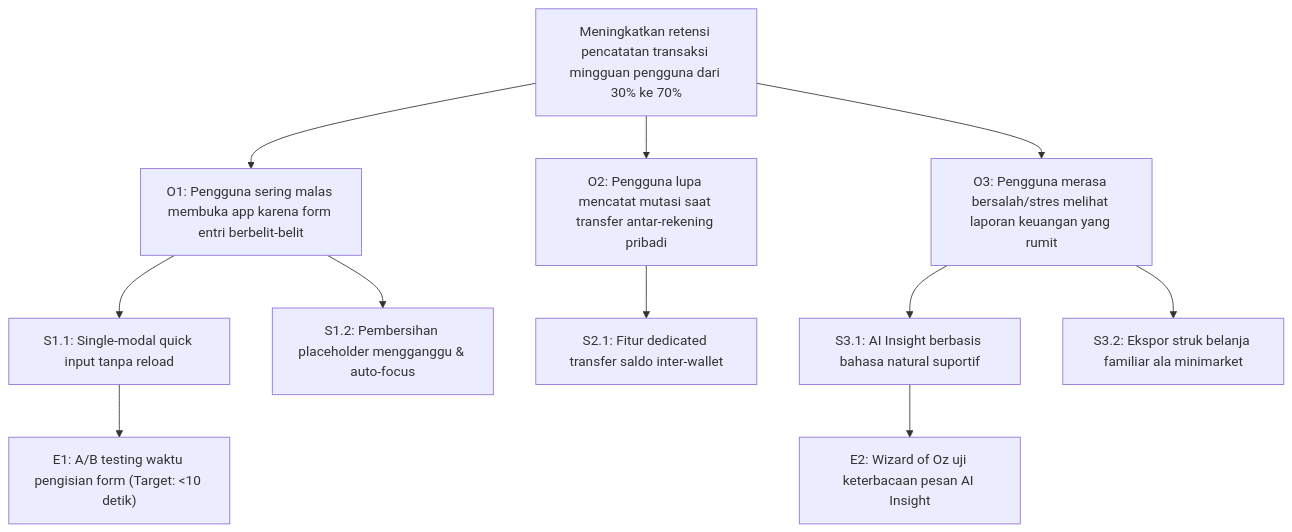
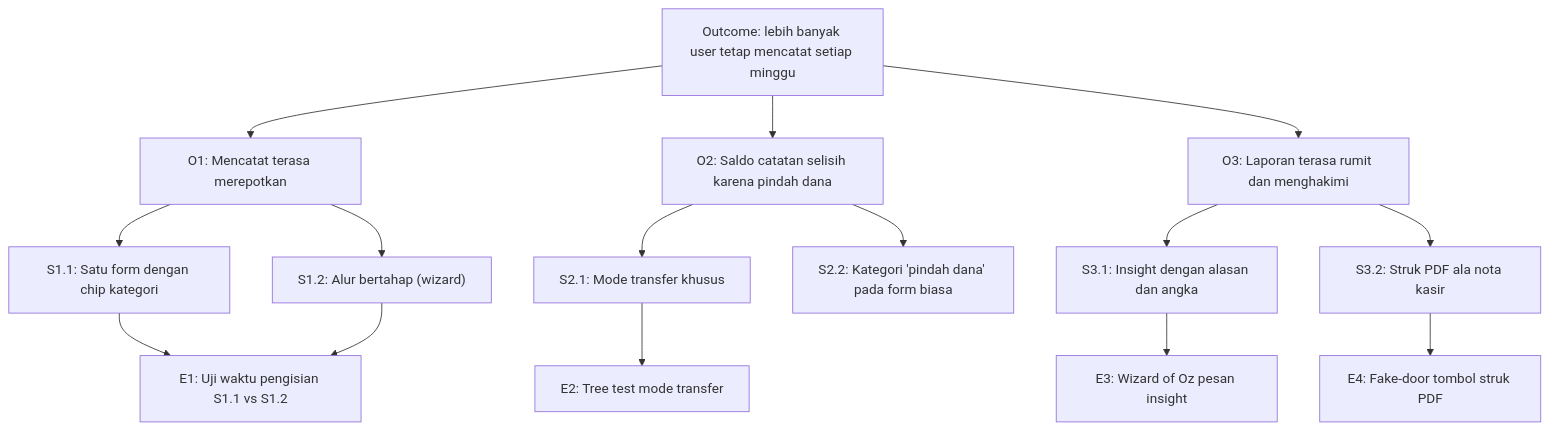
One commit to umaralf2735/Tabungan changed the second of 3 diagrams in README.md. Above: the diagram before and after it, drawn with Mermaid. The commit also changed other lines of this file and 32 other files, not shown here.

````diff
--- a/README.md
+++ b/README.md
@@ -189,30 +223,30 @@
 ```mermaid
 graph TD
-    Outcome["Meningkatkan retensi pencatatan transaksi mingguan pengguna dari 30% ke 70%"]
-    
-    Opp1["O1: Pengguna sering malas membuka app karena form entri berbelit-belit"]
-    Opp2["O2: Pengguna lupa mencatat mutasi saat transfer antar-rekening pribadi"]
-    Opp3["O3: Pengguna merasa bersalah/stres melihat laporan keuangan yang rumit"]
-    
-    Sol1A["S1.1: Single-modal quick input tanpa reload"]
-    Sol1B["S1.2: Pembersihan placeholder mengganggu & auto-focus"]
-    Sol2A["S2.1: Fitur dedicated transfer saldo inter-wallet"]
-    Sol3A["S3.1: AI Insight berbasis bahasa natural suportif"]
-    Sol3B["S3.2: Ekspor struk belanja familiar ala minimarket"]
-    
-    Exp1["E1: A/B testing waktu pengisian form (Target: <10 detik)"]
-    Exp2["E2: Wizard of Oz uji keterbacaan pesan AI Insight"]
-    
-    Outcome --> Opp1
-    Outcome --> Opp2
-    Outcome --> Opp3
-    
-    Opp1 --> Sol1A
-    Opp1 --> Sol1B
-    Opp2 --> Sol2A
-    Opp3 --> Sol3A
-    Opp3 --> Sol3B
-    
-    Sol1A --> Exp1
-    Sol3A --> Exp2
+    Outcome["Outcome: lebih banyak user tetap mencatat setiap minggu"]
+
+    O1["O1: Mencatat terasa merepotkan"]
+    O2["O2: Saldo catatan selisih karena pindah dana"]
+    O3["O3: Laporan terasa rumit dan menghakimi"]
+
+    S11["S1.1: Satu form dengan chip kategori"]
+    S12["S1.2: Alur bertahap (wizard)"]
+    S21["S2.1: Mode transfer khusus"]
+    S22["S2.2: Kategori 'pindah dana' pada form biasa"]
+    S31["S3.1: Insight dengan alasan dan angka"]
+    S32["S3.2: Struk PDF ala nota kasir"]
+
+    E1["E1: Uji waktu pengisian S1.1 vs S1.2"]
+    E2["E2: Tree test mode transfer"]
+    E3["E3: Wizard of Oz pesan insight"]
+    E4["E4: Fake-door tombol struk PDF"]
+
+    Outcome --> O1 & O2 & O3
+    O1 --> S11 & S12
+    O2 --> S21 & S22
+    O3 --> S31 & S32
+    S11 --> E1
+    S12 --> E1
+    S21 --> E2
+    S31 --> E3
+    S32 --> E4
 ```
````
